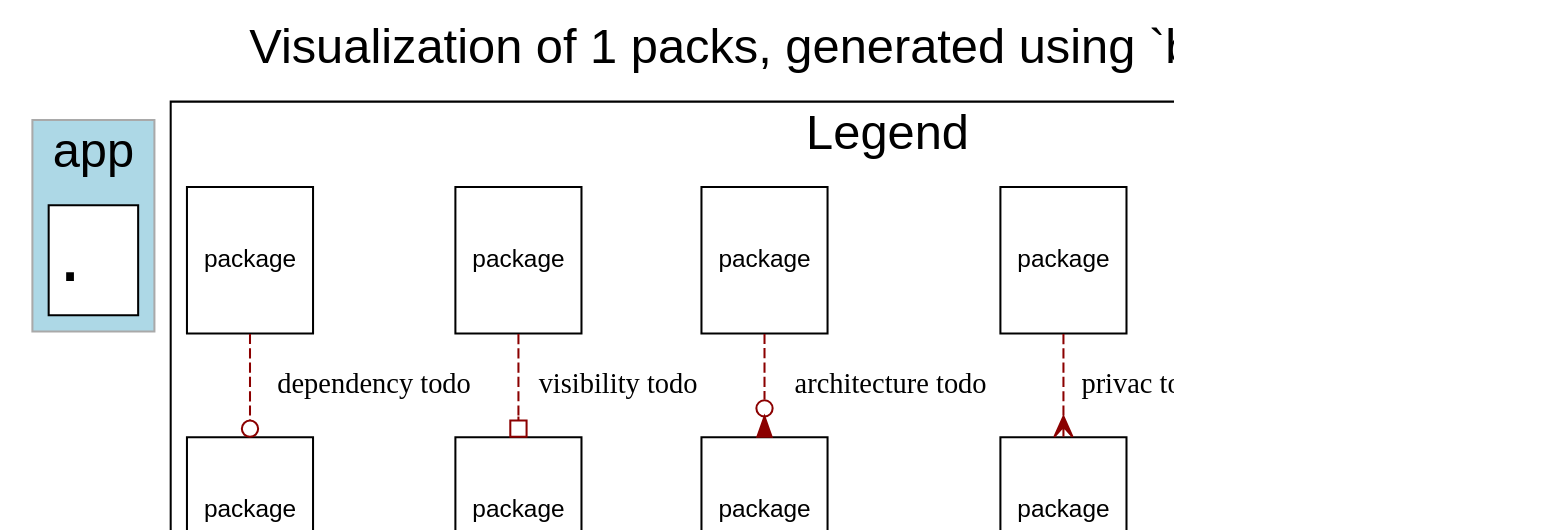
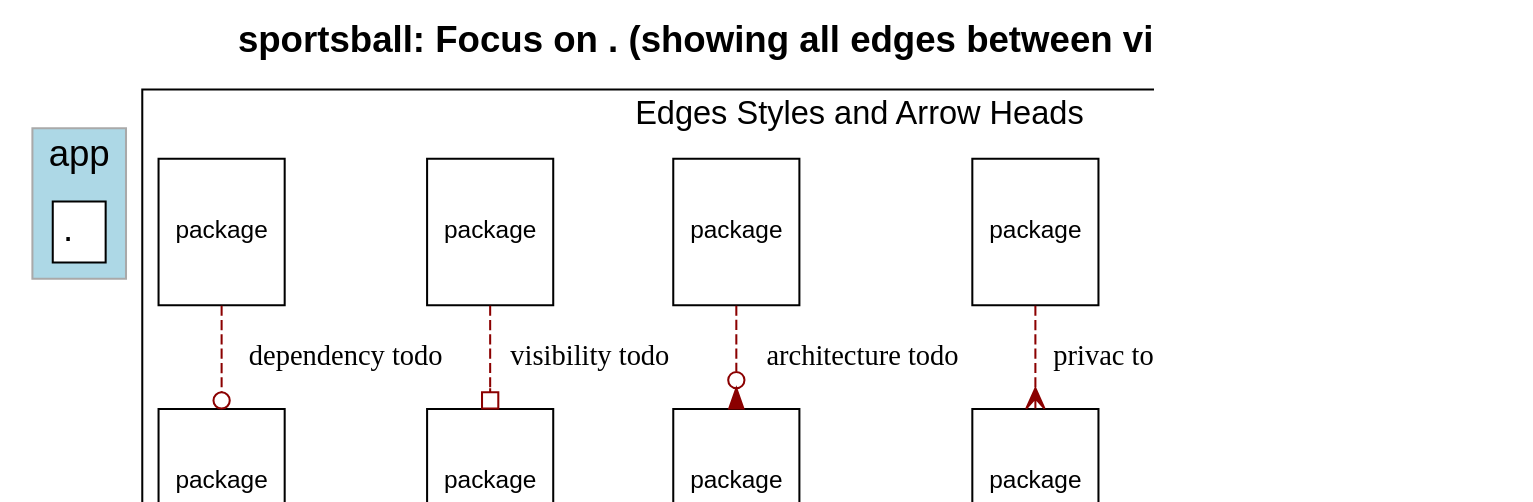
Before and after one commit to shageman/package-based-rails-applications-book: the diagram in c4s06/sportsball/packs.dot, drawn with Graphviz. The commit also changed 3077 other files, not shown here.

Commit message:
Better graphs from updated visualize_packwerk

```diff
--- a/c4s06/sportsball/packs.dot
+++ b/c4s06/sportsball/packs.dot
@@ -1,108 +1,95 @@
 digraph package_diagram {
   rankdir=TD
-
   graph [
     labelloc="t"
     fontname="Helvetica,Arial,sans-serif"
     dpi=100
     layout=dot
-    label="Visualization of 1 packs, generated using `bin/packs`",
-    fontsize=24
+    label=<<b>sportsball: Focus on . (showing all edges between visible packs)</b>>
+    fontsize=18
   ]
   node [
     fontname="Helvetica,Arial,sans-serif"
     fontsize=26.0
     fontcolor=black
     fillcolor=white
     color=black
     height=1.0
     style=filled
     shape=plain
   ]
-
     subgraph app {
       shape=box
       color=darkgrey
       fillcolor=lightblue
       style=filled
-
         label="app"
         cluster=true
-        rank = 0
-
-        "." [
-            fontsize=40.0
-              URL="https://github.com/shageman/package-based-rails-applications-book/tree/main/c4s07/sportsball/"
-            label=               <
+        rank = 0        "." [
+            fontsize=18.0
+            label= <
                 <table border='0' cellborder='1' cellspacing='0' cellpadding='4'>
                   <tr> <td align='left'> . </td> </tr>
                 </table>
               >
           ]
-
+        
     }
     subgraph UI {
       shape=box
       color=darkgrey
       fillcolor=lightblue
       style=filled
-
         label="UI"
         cluster=true
-        rank = 1
-
-    }
+        rank = 1    }
     subgraph data {
       shape=box
       color=darkgrey
       fillcolor=lightblue
       style=filled
-
         label="data"
         cluster=true
-        rank = 2
-
-    }
+        rank = 2    }
     subgraph utility {
       shape=box
       color=darkgrey
       fillcolor=lightblue
       style=filled
-
         label="utility"
         cluster=true
-        rank = 3
-
-    }
+        rank = 3    }
     subgraph NotInLayer {
       shape=box
       color=darkgrey
       fillcolor=lightblue
       style=filled
-
-
+        cluster=false
     }
-
-
-
   subgraph cluster_legend {
-    label="Legend"
-
+    fontsize=16
+    label="Edges Styles and Arrow Heads"
     A [ fontsize=12 shape=box label="package"]
     B [ fontsize=12 shape=box label="package"]
     C [ fontsize=12 shape=box label="package"]
     D [ fontsize=12 shape=box label="package"]
     E [ fontsize=12 shape=box label="package"]
     F [ fontsize=12 shape=box label="package"]
     G [ fontsize=12 shape=box label="package"]
     H [ fontsize=12 shape=box label="package"]
     I [ fontsize=12 shape=box label="package"]
     J [ fontsize=12 shape=box label="package"]
-
     A -> B [label="accepted dependency" color=darkgreen]
     C -> D [label="privac todo" color=darkred style=dashed arrowhead=crow]
     E -> F [label="architecture todo" color=darkred style=dashed arrowhead=invodot]
     G -> H [label="visibility todo" color=darkred style=dashed arrowhead=obox]
     I -> J [label="dependency todo" color=darkred style=dashed arrowhead=odot]
   }
+  subgraph cluster_teams_legend {
+    fontsize=16
+    label="Team Colors"
+
+
+  }
+  J -> "" [style=invis]
 }
```
